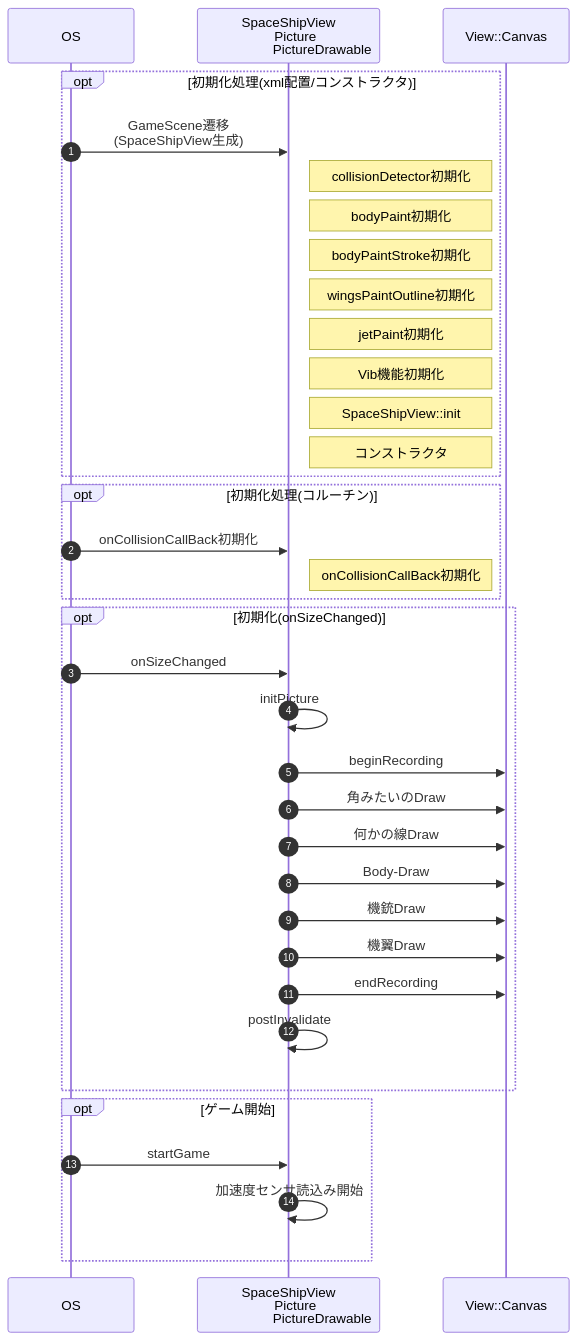
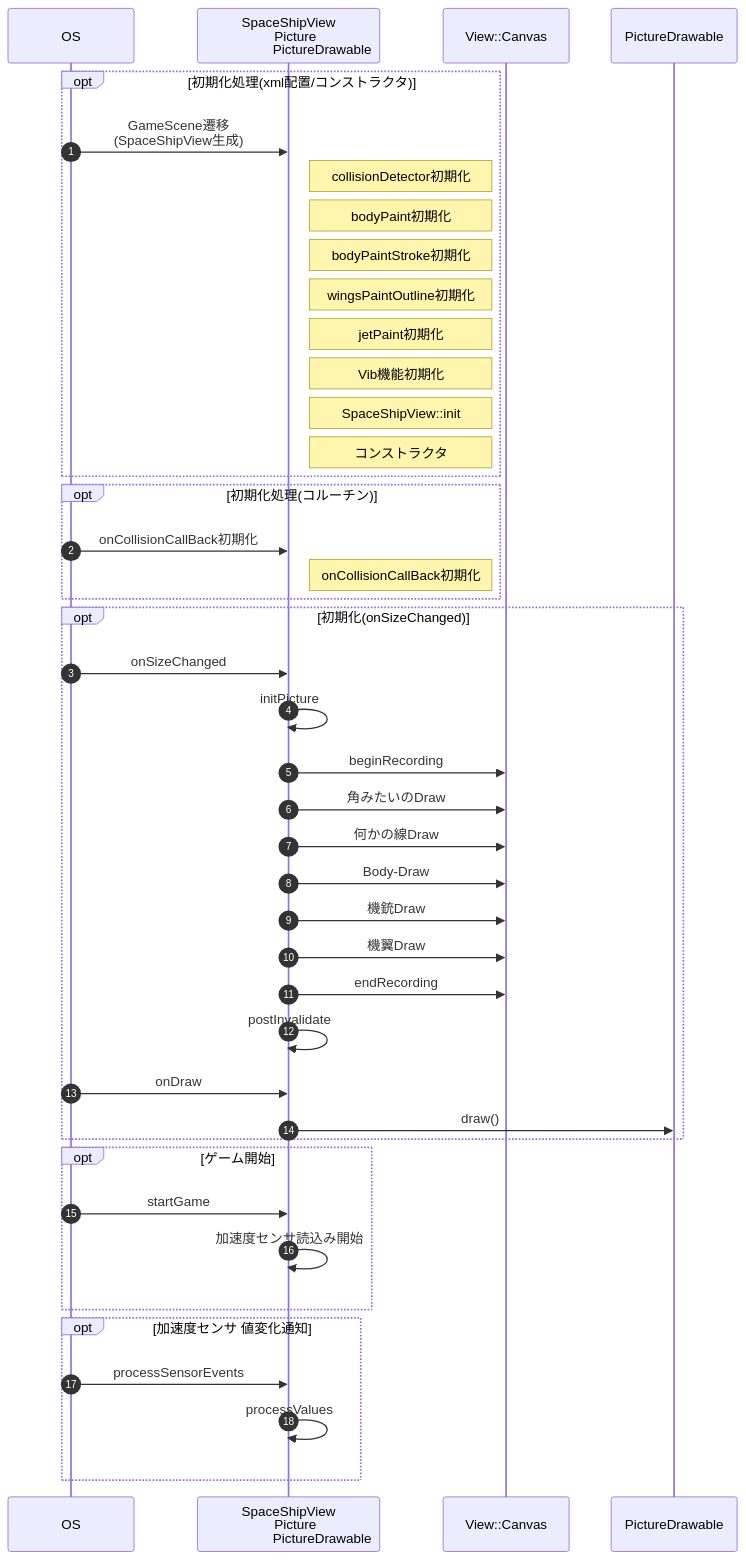
One commit to aaaa1597/AndKotlin-Invaders changed the diagram in README.md. Above: the diagram before and after it, drawn with Mermaid. The commit also changed 1 other file, not shown here.

Commit message:
SpaceShipViewの配置不具合修正

````diff
--- a/README.md
+++ b/README.md
@@ -7,46 +7,52 @@
 ```mermaid
 %% SpaceShipViewのシーケンス
 sequenceDiagram
     autonumber
     participant OS
     participant SpaceShipView as SpaceShipView<br/>　Picture<br/>　　　　　PictureDrawable
 
 opt 初期化処理(xml配置/コンストラクタ)
     OS->>SpaceShipView: GameScene遷移<br/>(SpaceShipView生成)
     Note right of SpaceShipView: collisionDetector初期化
     Note right of SpaceShipView: bodyPaint初期化
     Note right of SpaceShipView: bodyPaintStroke初期化
     Note right of SpaceShipView: wingsPaintOutline初期化
     Note right of SpaceShipView: jetPaint初期化
     Note right of SpaceShipView: Vib機能初期化
     Note right of SpaceShipView: SpaceShipView::init
     Note right of SpaceShipView: コンストラクタ
 end
 
 opt 初期化処理(コルーチン)
     OS->>SpaceShipView: onCollisionCallBack初期化
     Note right of SpaceShipView: onCollisionCallBack初期化
 end
 
 opt 初期化(onSizeChanged)
     autonumber
     participant OS
     participant SpaceShipView
     participant ViewCanvas as View::Canvas
     OS->>SpaceShipView: onSizeChanged
     SpaceShipView->>SpaceShipView: initPicture
     SpaceShipView->>ViewCanvas: beginRecording
     SpaceShipView->>ViewCanvas: 角みたいのDraw
     SpaceShipView->>ViewCanvas: 何かの線Draw
     SpaceShipView->>ViewCanvas: Body-Draw
     SpaceShipView->>ViewCanvas: 機銃Draw
     SpaceShipView->>ViewCanvas: 機翼Draw
     SpaceShipView->>ViewCanvas: endRecording
     SpaceShipView->>SpaceShipView: postInvalidate
+    OS->>SpaceShipView: onDraw
+    SpaceShipView->>PictureDrawable: draw()
 end
 opt ゲーム開始
     OS->>SpaceShipView: startGame
     SpaceShipView->>SpaceShipView: 加速度センサ読込み開始
 end
+opt 加速度センサ 値変化通知
+    OS->>SpaceShipView: processSensorEvents
+    SpaceShipView->>SpaceShipView: processValues
+end
 
 ```
````
